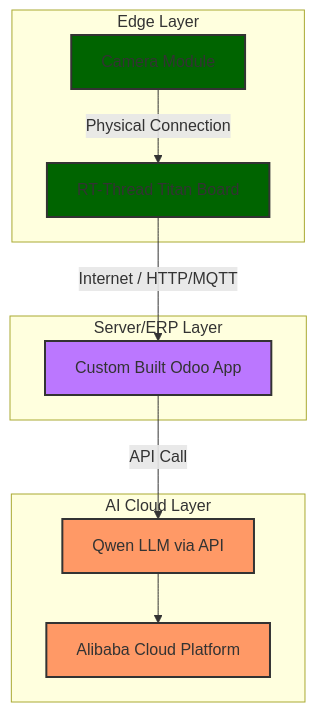
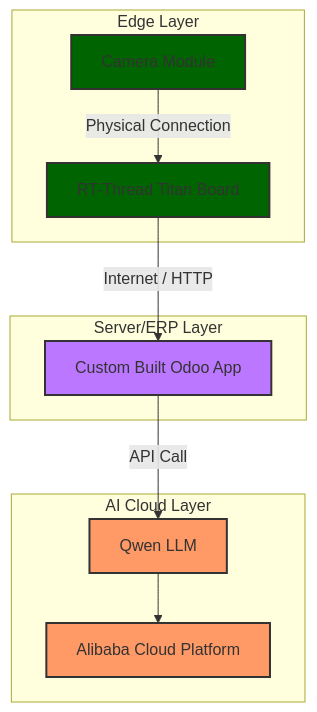
The diagram in README.md (cheahweileow/rttOdoo), drawn with Mermaid before and after one commit.

````diff
--- a/README.md
+++ b/README.md
@@ -6,35 +6,35 @@
 ```mermaid
 graph TD
     %% Define Styles
     classDef hardware fill:#006400,stroke:#333,stroke-width:2px;
     classDef software fill:#b7f,stroke:#333,stroke-width:2px;
     classDef cloud fill:#f96,stroke:#333,stroke-width:2px;
 
     %% Nodes Declaration
     Camera[Camera Module]:::hardware
     Titan[RT-Thread Titan Board]:::hardware
     Odoo[Custom Built Odoo App]:::software
-    Qwen[Qwen LLM via API]:::cloud
+    Qwen[Qwen LLM]:::cloud
     Alibaba[Alibaba Cloud Platform]:::cloud
 
     %% Connections
     Camera -->|Physical Connection| Titan
-    Titan -->|Internet / HTTP/MQTT| Odoo
+    Titan -->|Internet / HTTP| Odoo
     Odoo -->|API Call| Qwen
     Qwen --> Alibaba
 
     %% Layout grouping
     subgraph EdgeLayer["Edge Layer"]
         Camera
         Titan
     end
 
     subgraph ServerLayer["Server/ERP Layer"]
         Odoo
     end
 
     subgraph AILayer["AI Cloud Layer"]
         Alibaba
         Qwen
     end
 ```
````
